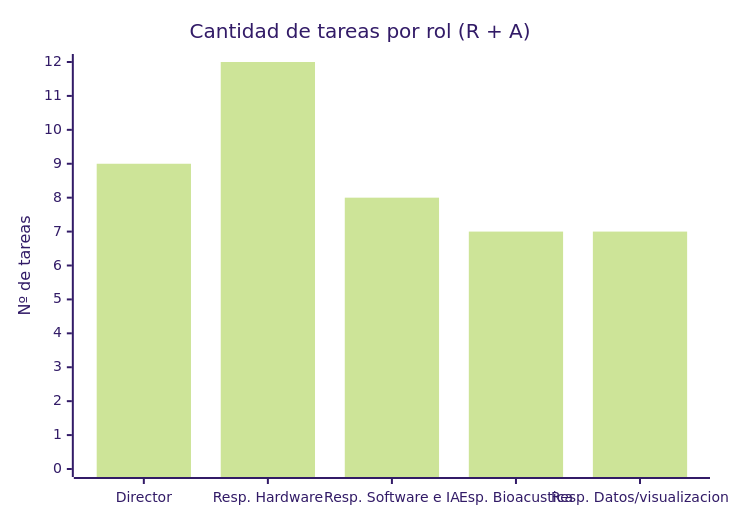
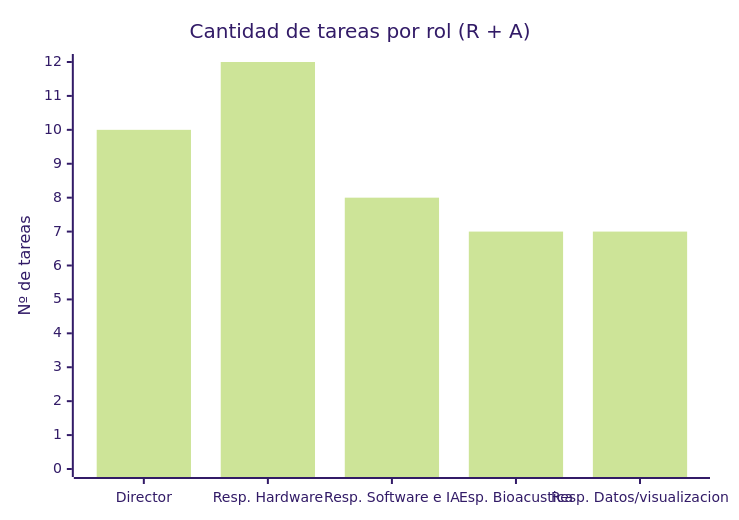
The diagram in matriz-raci.md (fatimalunazzz/GestionProyecto), drawn with Mermaid (forest theme) before and after one commit. The commit also changed other lines of this file, not shown here.

Commit message:
Update responsibilities for environmental report task

````diff
--- a/matriz-raci.md
+++ b/matriz-raci.md
@@ -43,7 +43,7 @@
 ```mermaid
 xychart-beta
     title "Cantidad de tareas por rol (R + A)"
     x-axis ["Director", "Resp. Hardware", "Resp. Software e IA", "Esp. Bioacustica", "Resp. Datos/visualizacion"]
     y-axis "Nº de tareas" 0 --> 12
-    bar [9, 12, 8, 7, 7]
+    bar [10, 12, 8, 7, 7]
 ```
````
